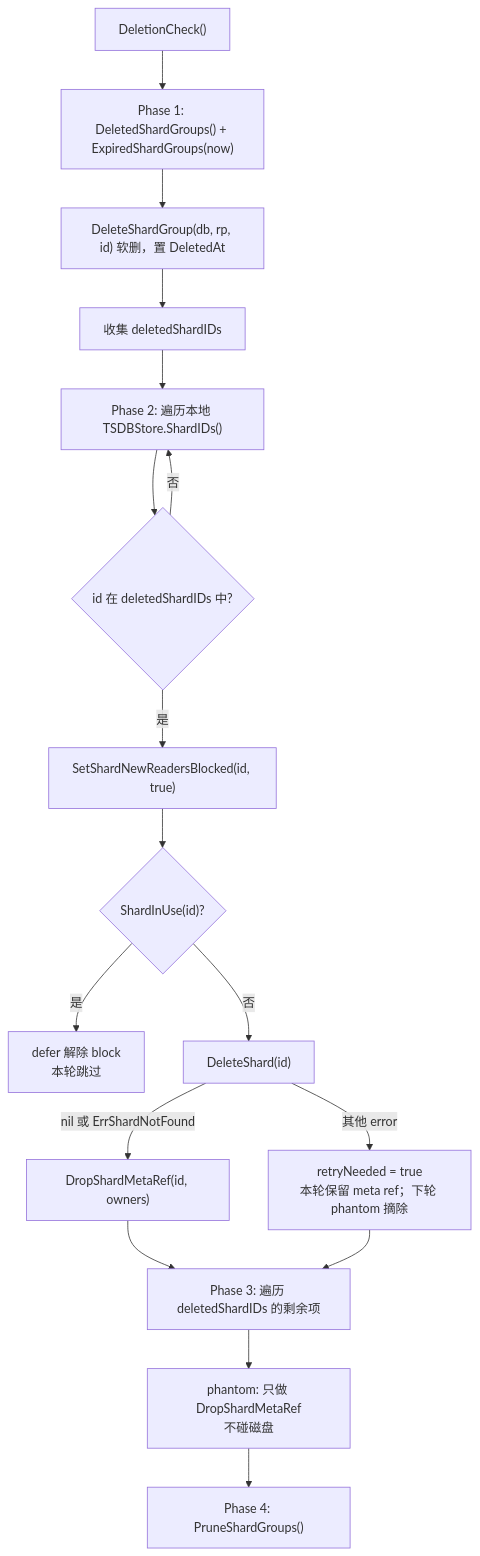
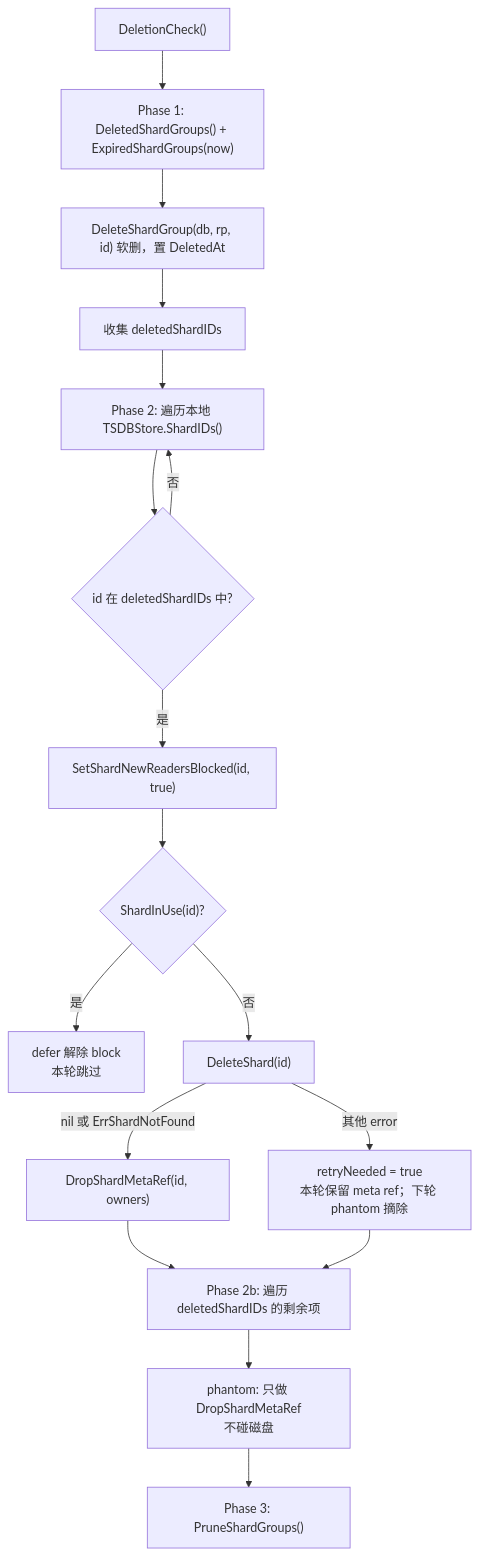
Before and after one commit to stefanv5/influxdb: diagram 16 of 17 in docs/specs/12_background_services_spec.md, drawn with Mermaid. The commit also changed other lines of this file and 16 other files, not shown here.

````diff
--- a/docs/specs/12_background_services_spec.md
+++ b/docs/specs/12_background_services_spec.md
@@ -1996,19 +2007,19 @@
 ```mermaid
 flowchart TD
     A["DeletionCheck()"] --> B["Phase 1: DeletedShardGroups() + ExpiredShardGroups(now)"]
     B --> C["DeleteShardGroup(db, rp, id) 软删，置 DeletedAt"]
     C --> D["收集 deletedShardIDs"]
     D --> E["Phase 2: 遍历本地 TSDBStore.ShardIDs()"]
     E --> F{"id 在 deletedShardIDs 中?"}
     F -->|"否"| E
     F -->|"是"| G["SetShardNewReadersBlocked(id, true)"]
     G --> H{"ShardInUse(id)?"}
     H -->|"是"| I["defer 解除 block<br/>本轮跳过"]
     H -->|"否"| J["DeleteShard(id)"]
     J -->|"nil 或 ErrShardNotFound"| K["DropShardMetaRef(id, owners)"]
     J -->|"其他 error"| L["retryNeeded = true<br/>本轮保留 meta ref；下轮 phantom 摘除"]
-    K --> M["Phase 3: 遍历 deletedShardIDs 的剩余项"]
+    K --> M["Phase 2b: 遍历 deletedShardIDs 的剩余项"]
     L --> M
     M --> N["phantom: 只做 DropShardMetaRef<br/>不碰磁盘"]
-    N --> O["Phase 4: PruneShardGroups()"]
+    N --> O["Phase 3: PruneShardGroups()"]
 ```
````
